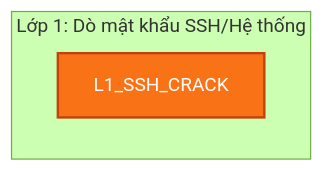
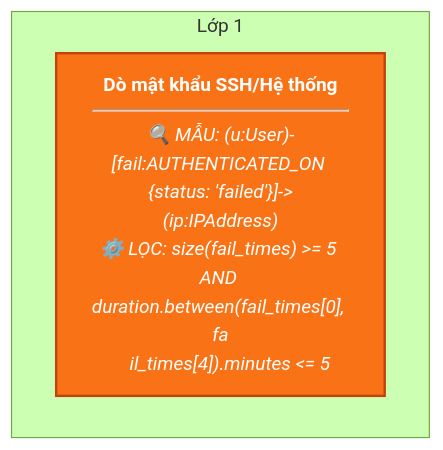
Before and after one commit to ttm62/bug-free-doodle: the first of 14 diagrams in all_rules/README.md, drawn with Mermaid (forest theme). The commit also changed other lines of this file and 31 other files, not shown here.

````diff
--- a/all_rules/README.md
+++ b/all_rules/README.md
@@ -8,11 +8,11 @@
 ```mermaid
 graph TD
     classDef low fill:#fef08a,stroke:#ca8a04,stroke-width:2px,color:#854d0e;
     classDef medium fill:#f97316,stroke:#c2410c,stroke-width:2px,color:#fff;
     classDef high fill:#dc2626,stroke:#991b1b,stroke-width:2px,color:#fff;
     classDef critical fill:#7f1d1d,stroke:#450a0a,stroke-width:2px,color:#fff;
 
-    subgraph Layer1 ["Lớp 1: Dò mật khẩu SSH/Hệ thống"]
-        L1_SSH_CRACK["L1_SSH_CRACK"]:::medium
+    subgraph Layer_L1_SSH_CRACK ["Lớp 1"]
+        L1_SSH_CRACK["<b>Dò mật khẩu SSH/Hệ thống</b><br/><hr/><i>🔍 MẪU: (u:User)-[fail:AUTHENTICATED_ON {status: 'failed'}]->(ip:IPAddress)<br/>⚙️ LỌC: size(fail_times) >= 5 AND duration.between(fail_times[0], fa<br/>&nbsp;&nbsp;&nbsp;&nbsp;il_times[4]).minutes <= 5</i>"]:::medium
     end
 ```
````
